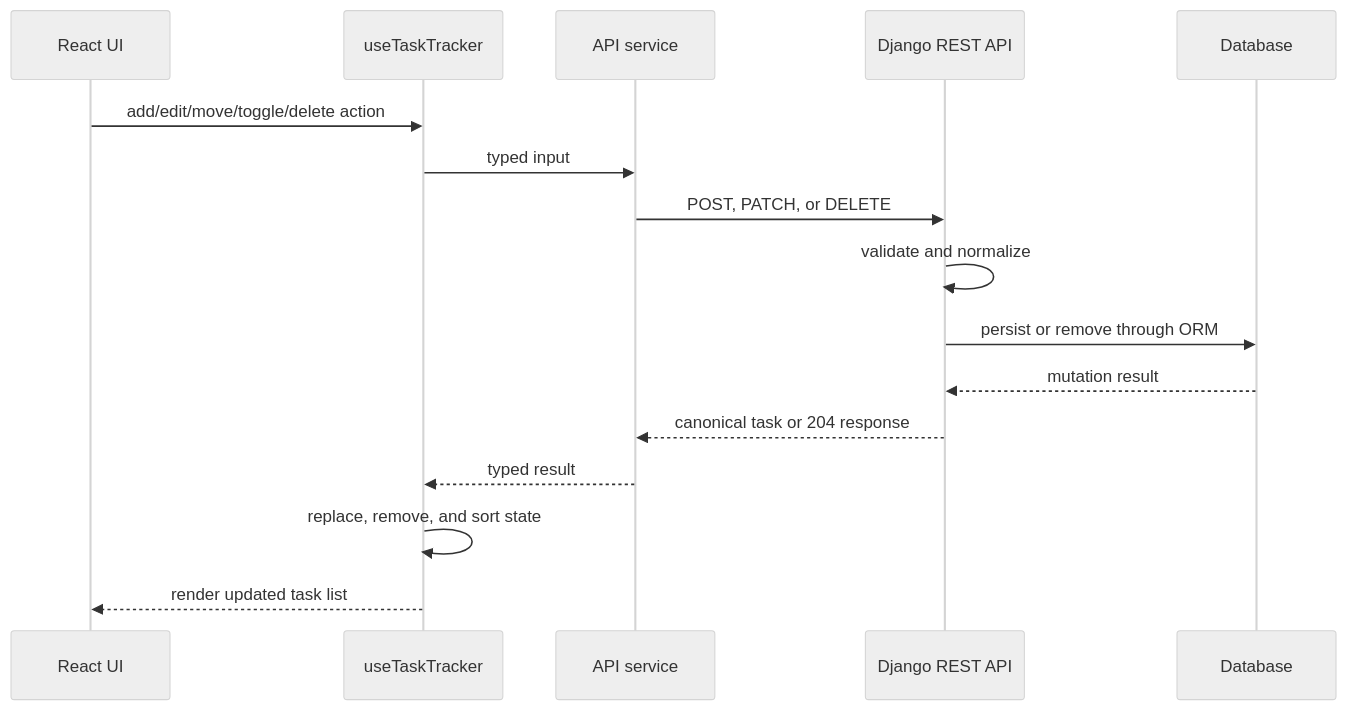
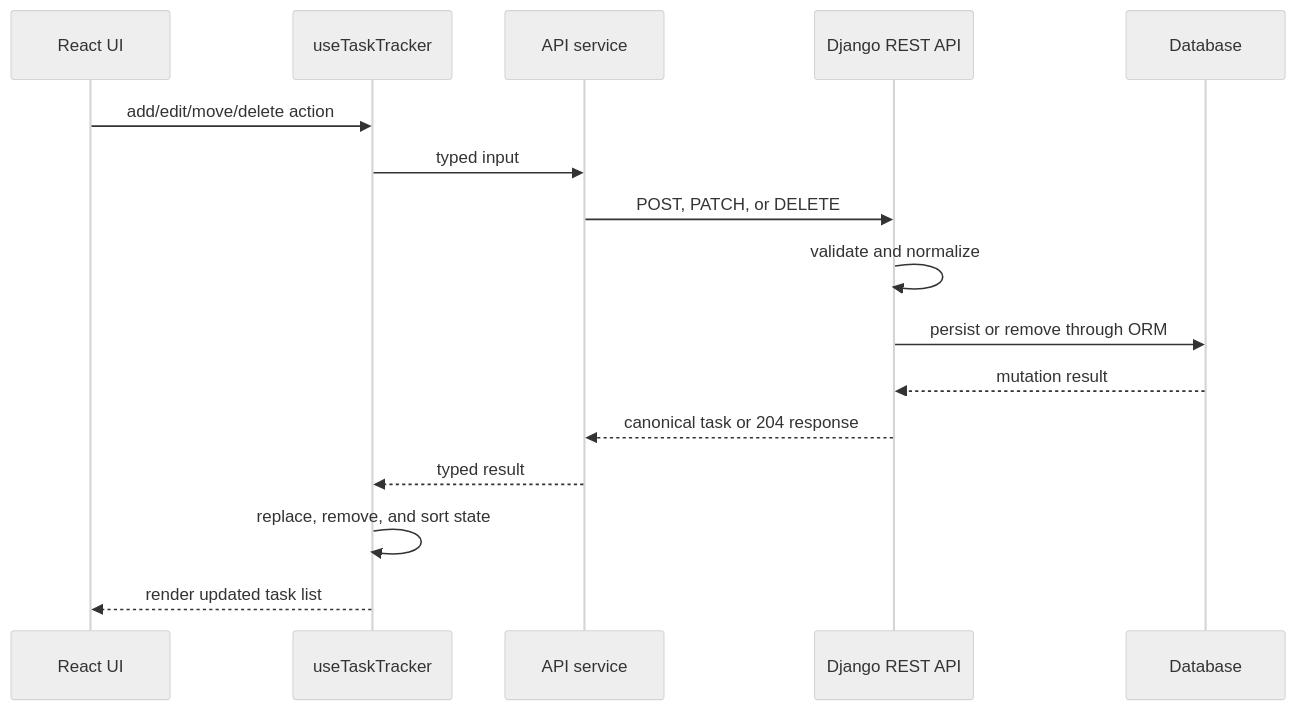
Before and after one commit to MarinJursic/spark-task-tracker: the second of 2 diagrams in README.md, drawn with Mermaid (neutral theme). The commit also changed other lines of this file, not shown here.

````diff
--- a/README.md
+++ b/README.md
@@ -101,19 +101,19 @@
 ```mermaid
 sequenceDiagram
   participant UI as React UI
   participant Hook as useTaskTracker
   participant API as API service
   participant DRF as Django REST API
   participant DB as Database
 
-  UI->>Hook: add/edit/move/toggle/delete action
+  UI->>Hook: add/edit/move/delete action
   Hook->>API: typed input
   API->>DRF: POST, PATCH, or DELETE
   DRF->>DRF: validate and normalize
   DRF->>DB: persist or remove through ORM
   DB-->>DRF: mutation result
   DRF-->>API: canonical task or 204 response
   API-->>Hook: typed result
   Hook->>Hook: replace, remove, and sort state
   Hook-->>UI: render updated task list
 ```
````
